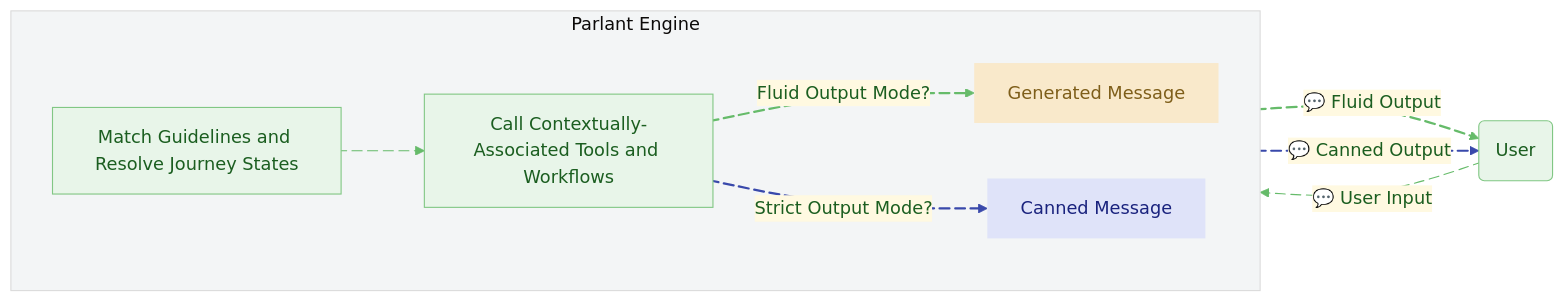
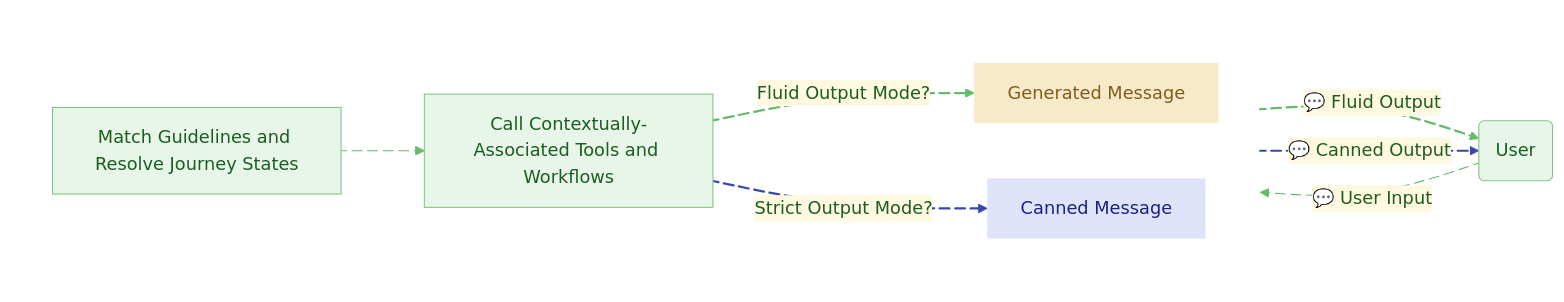
The second of 2 diagrams in README.md (groundmuffin/parlant), drawn with Mermaid before and after one commit.

Commit message:
Update mermaid colors

````diff
--- a/README.md
+++ b/README.md
@@ -119,35 +119,35 @@
 ```mermaid
-%%{init: {'theme': 'base', 'themeVariables': {'primaryColor': '#e8f5e9', 'primaryTextColor': '#1b5e20', 'primaryBorderColor': '#81c784', 'lineColor': '#66bb6a', 'secondaryColor': '#fff9e1', 'tertiaryColor': '#F3F5F6'}}}%%
+%%{init: {'theme': 'base', 'themeVariables': {'primaryColor': '#e8f5e9', 'primaryTextColor': '#1b5e20', 'primaryBorderColor': '#81c784', 'lineColor': '#66bb6a', 'secondaryColor': '#fff9e1', 'tertiaryColor': 'transparent'}}}%%
 flowchart LR
     A(User):::outputNode
 
     subgraph Engine["Parlant Engine"]
         direction LR
         B["Match Guidelines and Resolve Journey States"]:::matchNode
         C["Call Contextually-Associated Tools and Workflows"]:::toolNode
         D["Generated Message"]:::composeNode
         E["Canned Message"]:::cannedNode
     end
 
     A a@-->|💬 User Input| B
     B b@--> C
     C c@-->|Fluid Output Mode?| D
     C d@-->|Strict Output Mode?| E
     D e@-->|💬 Fluid Output| A
     E f@-->|💬 Canned Output| A
 
     a@{animate: true}
     b@{animate: true}
     c@{animate: true}
     d@{animate: true}
     e@{animate: true}
     f@{animate: true}
 
     linkStyle 2 stroke-width:2px
     linkStyle 4 stroke-width:2px
     linkStyle 3 stroke-width:2px,stroke:#3949AB
     linkStyle 5 stroke-width:2px,stroke:#3949AB
 
     classDef composeNode fill:#F9E9CB,stroke:#AB8139,stroke-width:2px,color:#7E5E1A,stroke-width:0
     classDef cannedNode fill:#DFE3F9,stroke:#3949AB,stroke-width:2px,color:#1a237e,stroke-width:0
 ```
````
